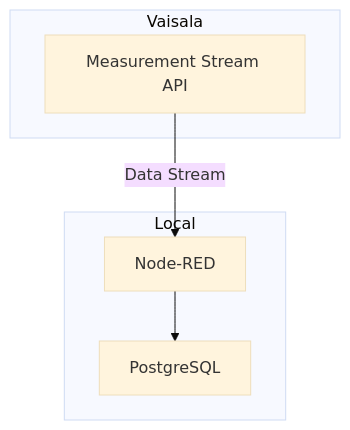
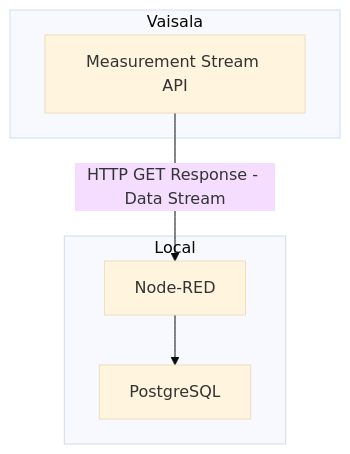
The first of 2 diagrams in README.md (jonss0777/DIY_Sensor), drawn with Mermaid (base theme) before and after one commit. The commit also changed other lines of this file, not shown here.

````diff
--- a/README.md
+++ b/README.md
@@ -7,14 +7,14 @@
 ```mermaid
   flowchart TD
     subgraph Vaisala
         A1[Measurement Stream API]
     end
 
     subgraph Local
         B1[Node-RED] --> B2[PostgreSQL]
     end
 
-    A1 -->|Data Stream| B1
+    A1 -->|HTTP GET Response - Data Stream| B1
 
 
 ```
````
